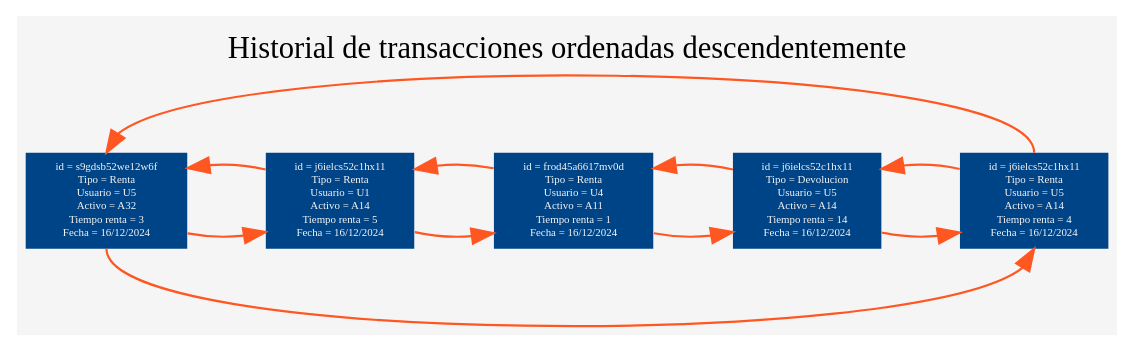
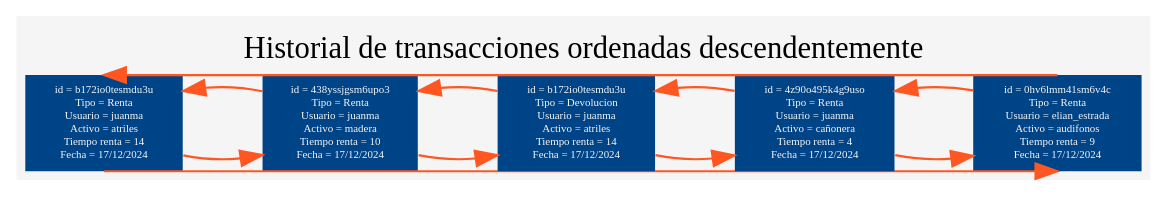
Before and after one commit to HerberthReyes07/EDD_EVD24_P1: the diagram in cmake-build-debug/aux_grafico.dot, drawn with Graphviz. The commit also changed 23 other files, not shown here.

```diff
--- a/cmake-build-debug/aux_grafico.dot
+++ b/cmake-build-debug/aux_grafico.dot
@@ -1,24 +1,24 @@
 digraph G {
 bgcolor="#F5F5F5";fontcolor=black;
 label="Historial de transacciones ordenadas descendentemente";
 labelloc="t";
 nodesep=0.5;
 node [fontsize = 5 shape=box style=filled fillcolor="#004488" fontcolor="#F5F5F5" color=transparent];
 edge [fontcolor=white color="#ff5722"];
-n1[label="id = s9gdsb52we12w6f\nTipo = Renta\nUsuario = U5\nActivo = A32\nTiempo renta = 3\nFecha = 16/12/2024"];
-n2[label="id = j6ielcs52c1hx11\nTipo = Renta\nUsuario = U1\nActivo = A14\nTiempo renta = 5\nFecha = 16/12/2024"];
-n3[label="id = frod45a6617mv0d\nTipo = Renta\nUsuario = U4\nActivo = A11\nTiempo renta = 1\nFecha = 16/12/2024"];
-n4[label="id = j6ielcs52c1hx11\nTipo = Devolucion\nUsuario = U5\nActivo = A14\nTiempo renta = 14\nFecha = 16/12/2024"];
-n5[label="id = j6ielcs52c1hx11\nTipo = Renta\nUsuario = U5\nActivo = A14\nTiempo renta = 4\nFecha = 16/12/2024"];
+n1[label="id = b172io0tesmdu3u\nTipo = Renta\nUsuario = juanma\nActivo = atriles\nTiempo renta = 14\nFecha = 17/12/2024"];
+n2[label="id = 438yssjgsm6upo3\nTipo = Renta\nUsuario = juanma\nActivo = madera\nTiempo renta = 10\nFecha = 17/12/2024"];
+n3[label="id = b172io0tesmdu3u\nTipo = Devolucion\nUsuario = juanma\nActivo = atriles\nTiempo renta = 14\nFecha = 17/12/2024"];
+n4[label="id = 4z90o495k4g9uso\nTipo = Renta\nUsuario = juanma\nActivo = cañonera\nTiempo renta = 4\nFecha = 17/12/2024"];
+n5[label="id = 0hv6lmm41sm6v4c\nTipo = Renta\nUsuario = elian_estrada\nActivo = audifonos\nTiempo renta = 9\nFecha = 17/12/2024"];
 n1->n2;
 n2->n3;
 n2->n1;
 n3->n4;
 n3->n2;
 n4->n5;
 n4->n3;
 n5->n4;
 n5->n1[tailport=n headport=n];
 n1->n5[tailport=s headport=s];
 { rank=same; n1; n2; n3; n4; n5; }
 }
```
